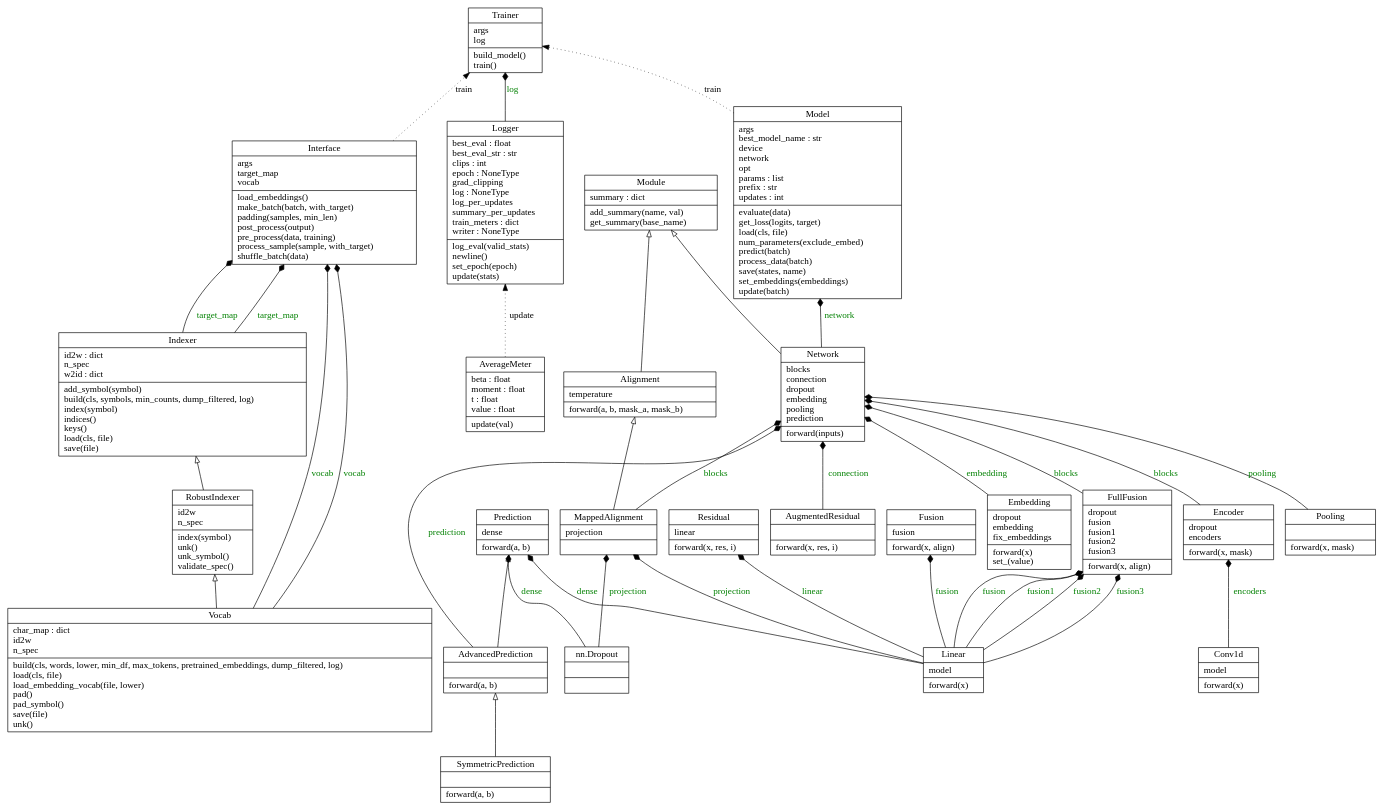
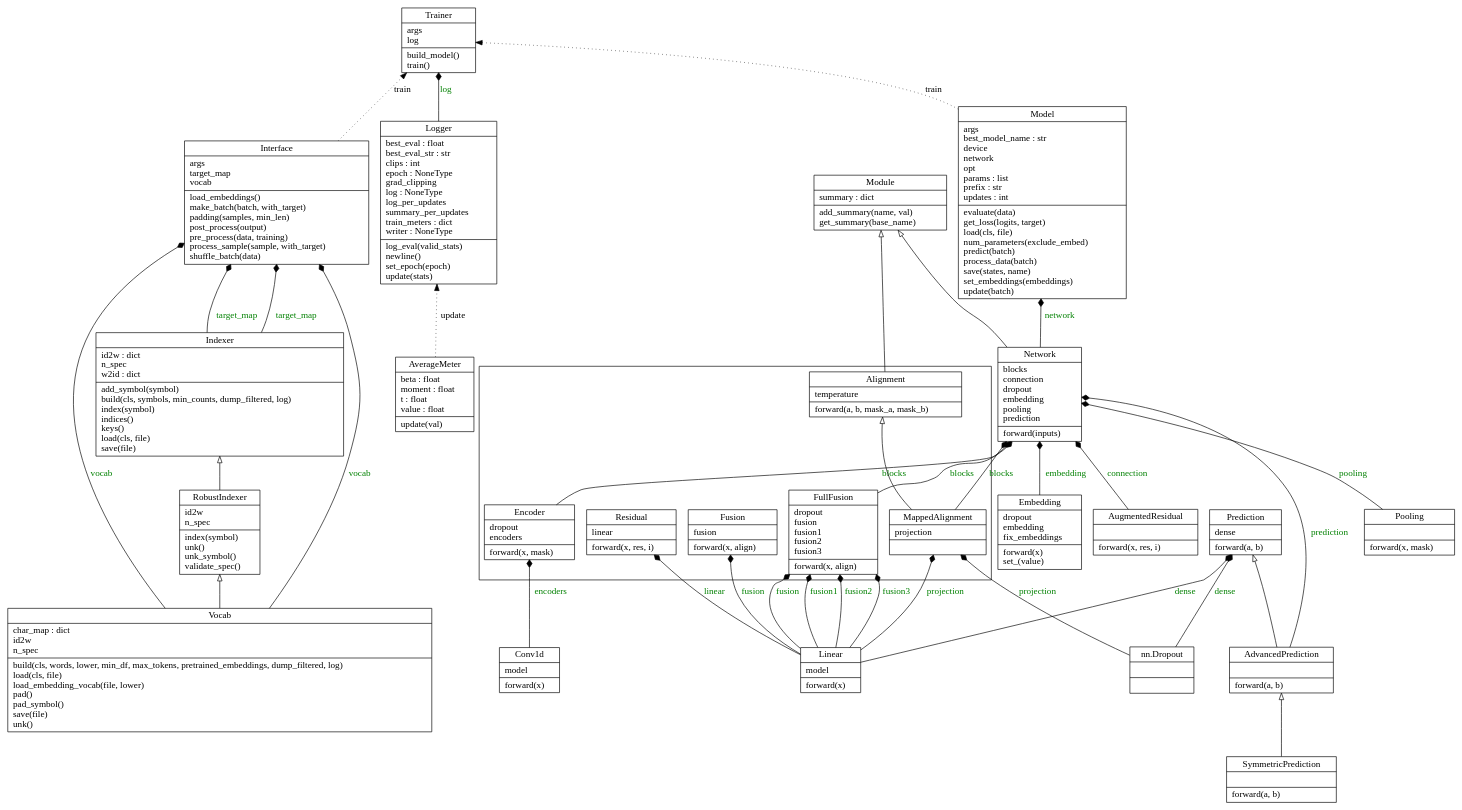
The diagram in readding/re2/classes.dot (pangyouzhen/learn_code), drawn with Graphviz before and after one commit.

```diff
--- a/readding/re2/classes.dot
+++ b/readding/re2/classes.dot
@@ -1,63 +1,69 @@
 digraph "classes" {
 charset="utf-8"
 rankdir=BT
 "0" [label="{AdvancedPrediction|\l|forward(a, b)\l}", shape="record"];
-"1" [label="{Alignment|temperature\l|forward(a, b, mask_a, mask_b)\l}", shape="record"];
 "2" [label="{AugmentedResidual|\l|forward(x, res, i)\l}", shape="record"];
 "3" [label="{AverageMeter|beta : float\lmoment : float\lt : float\lvalue : float\l|update(val)\l}", shape="record"];
 "4" [label="{Conv1d|model\l|forward(x)\l}", shape="record"];
 "6" [label="{Embedding|dropout\lembedding\lfix_embeddings\l|forward(x)\lset_(value)\l}", shape="record"];
-"7" [label="{Encoder|dropout\lencoders\l|forward(x, mask)\l}", shape="record"];
-"10" [label="{FullFusion|dropout\lfusion\lfusion1\lfusion2\lfusion3\l|forward(x, align)\l}", shape="record"];
-"11" [label="{Fusion|fusion\l|forward(x, align)\l}", shape="record"];
 "14" [label="{Indexer|id2w : dict\ln_spec\lw2id : dict\l|add_symbol(symbol)\lbuild(cls, symbols, min_counts, dump_filtered, log)\lindex(symbol)\lindices()\lkeys()\lload(cls, file)\lsave(file)\l}", shape="record"];
 "15" [label="{Interface|args\ltarget_map\lvocab\l|load_embeddings()\lmake_batch(batch, with_target)\lpadding(samples, min_len)\lpost_process(output)\lpre_process(data, training)\lprocess_sample(sample, with_target)\lshuffle_batch(data)\l}", shape="record"];
 "17" [label="{Linear|model\l|forward(x)\l}", shape="record"];
 "18" [label="{Logger|best_eval : float\lbest_eval_str : str\lclips : int\lepoch : NoneType\lgrad_clipping\llog : NoneType\llog_per_updates\lsummary_per_updates\ltrain_meters : dict\lwriter : NoneType\l|log_eval(valid_stats)\lnewline()\lset_epoch(epoch)\lupdate(stats)\l}", shape="record"];
-"21" [label="{MappedAlignment|projection\l|}", shape="record"];
 "22" [label="{Model|args\lbest_model_name : str\ldevice\lnetwork\lopt\lparams : list\lprefix : str\lupdates : int\l|evaluate(data)\lget_loss(logits, target)\lload(cls, file)\lnum_parameters(exclude_embed)\lpredict(batch)\lprocess_data(batch)\lsave(states, name)\lset_embeddings(embeddings)\lupdate(batch)\l}", shape="record"];
 "23" [label="{Module|summary : dict\l|add_summary(name, val)\lget_summary(base_name)\l}", shape="record"];
 "28" [label="{Network|blocks\lconnection\ldropout\lembedding\lpooling\lprediction\l|forward(inputs)\l}", shape="record"];
 "31" [label="{Pooling|\l|forward(x, mask)\l}", shape="record"];
 "32" [label="{Prediction|dense\l|forward(a, b)\l}", shape="record"];
-"35" [label="{Residual|linear\l|forward(x, res, i)\l}", shape="record"];
 "36" [label="{RobustIndexer|id2w\ln_spec\l|index(symbol)\lunk()\lunk_symbol()\lvalidate_spec()\l}", shape="record"];
 "38" [label="{SymmetricPrediction|\l|forward(a, b)\l}", shape="record"];
 "39" [label="{Trainer|args\llog\l|build_model()\ltrain()\l}", shape="record"];
 "40" [label="{Vocab|char_map : dict\lid2w\ln_spec\l|build(cls, words, lower, min_df, max_tokens, pretrained_embeddings, dump_filtered, log)\lload(cls, file)\lload_embedding_vocab(file, lower)\lpad()\lpad_symbol()\lsave(file)\lunk()\l}", shape="record"];
 "41" [label="{nn.Dropout|\l|\l}", shape="record"];
+subgraph cluster_blocks {
+// subgraph You'll have to prefix the name of your subgraphs with cluster:
+{rank=BT
+"7" [label="{Encoder|dropout\lencoders\l|forward(x, mask)\l}", shape="record"];
+"1" [label="{Alignment|temperature\l|forward(a, b, mask_a, mask_b)\l}", shape="record"];
+"11" [label="{Fusion|fusion\l|forward(x, align)\l}", shape="record"];
+"10" [label="{FullFusion|dropout\lfusion\lfusion1\lfusion2\lfusion3\l|forward(x, align)\l}", shape="record"];
+"21" [label="{MappedAlignment|projection\l|}", shape="record"];
+"35" [label="{Residual|linear\l|forward(x, res, i)\l}", shape="record"];
+}
+
+}
 "0" -> "32" [arrowhead="empty", arrowtail="none"];
 "1" -> "23" [arrowhead="empty", arrowtail="none"];
 "21" -> "1" [arrowhead="empty", arrowtail="none"];
 "28" -> "23" [arrowhead="empty", arrowtail="none"];
 "36" -> "14" [arrowhead="empty", arrowtail="none"];
 "38" -> "0" [arrowhead="empty", arrowtail="none"];
 "40" -> "36" [arrowhead="empty", arrowtail="none"];
 "6" -> "28" [arrowhead="diamond", arrowtail="none", fontcolor="green", label="embedding", style="solid"];
 "14" -> "15" [arrowhead="diamond", arrowtail="none", fontcolor="green", label="target_map", style="solid"];
 "14" -> "15" [arrowhead="diamond", arrowtail="none", fontcolor="green", label="target_map", style="solid"];
 "17" -> "10" [arrowhead="diamond", arrowtail="none", fontcolor="green", label="fusion1", style="solid"];
 "17" -> "10" [arrowhead="diamond", arrowtail="none", fontcolor="green", label="fusion2", style="solid"];
 "17" -> "10" [arrowhead="diamond", arrowtail="none", fontcolor="green", label="fusion3", style="solid"];
 "17" -> "10" [arrowhead="diamond", arrowtail="none", fontcolor="green", label="fusion", style="solid"];
 "17" -> "11" [arrowhead="diamond", arrowtail="none", fontcolor="green", label="fusion", style="solid"];
 "17" -> "35" [arrowhead="diamond", arrowtail="none", fontcolor="green", label="linear", style="solid"];
 "18" -> "39" [arrowhead="diamond", arrowtail="none", fontcolor="green", label="log", style="solid"];
 "28" -> "22" [arrowhead="diamond", arrowtail="none", fontcolor="green", label="network", style="solid"];
 "31" -> "28" [arrowhead="diamond", arrowtail="none", fontcolor="green", label="pooling", style="solid"];
 "40" -> "15" [arrowhead="diamond", arrowtail="none", fontcolor="green", label="vocab", style="solid"];
 "40" -> "15" [arrowhead="diamond", arrowtail="none", fontcolor="green", label="vocab", style="solid"];
 "15" -> "39" [style=dotted, label="train"];
 "22" -> "39" [style=dotted, label="train"];
 "3" -> "18" [style=dotted, label="update"];
 "7" -> "28" [arrowhead="diamond", arrowtail="none", fontcolor="green", label="blocks", style="solid"];
 "21" -> "28" [arrowhead="diamond", arrowtail="none", fontcolor="green", label="blocks", style="solid"];
 "2" -> "28" [arrowhead="diamond", arrowtail="none", fontcolor="green", label="connection", style="solid"];
 "10" -> "28" [arrowhead="diamond", arrowtail="none", fontcolor="green", label="blocks", style="solid"];
 "0" -> "28" [arrowhead="diamond", arrowtail="none", fontcolor="green", label="prediction", style="solid"];
 "4" -> "7" [arrowhead="diamond", arrowtail="none", fontcolor="green", label="encoders", style="solid"];
 "41" -> "21" [arrowhead="diamond", arrowtail="none", fontcolor="green", label="projection", style="solid"];
 "17" -> "21" [arrowhead="diamond", arrowtail="none", fontcolor="green", label="projection", style="solid"];
 "41" -> "32" [arrowhead="diamond", arrowtail="none", fontcolor="green", label="dense", style="solid"];
 "17" -> "32" [arrowhead="diamond", arrowtail="none", fontcolor="green", label="dense", style="solid"];
 }
```
